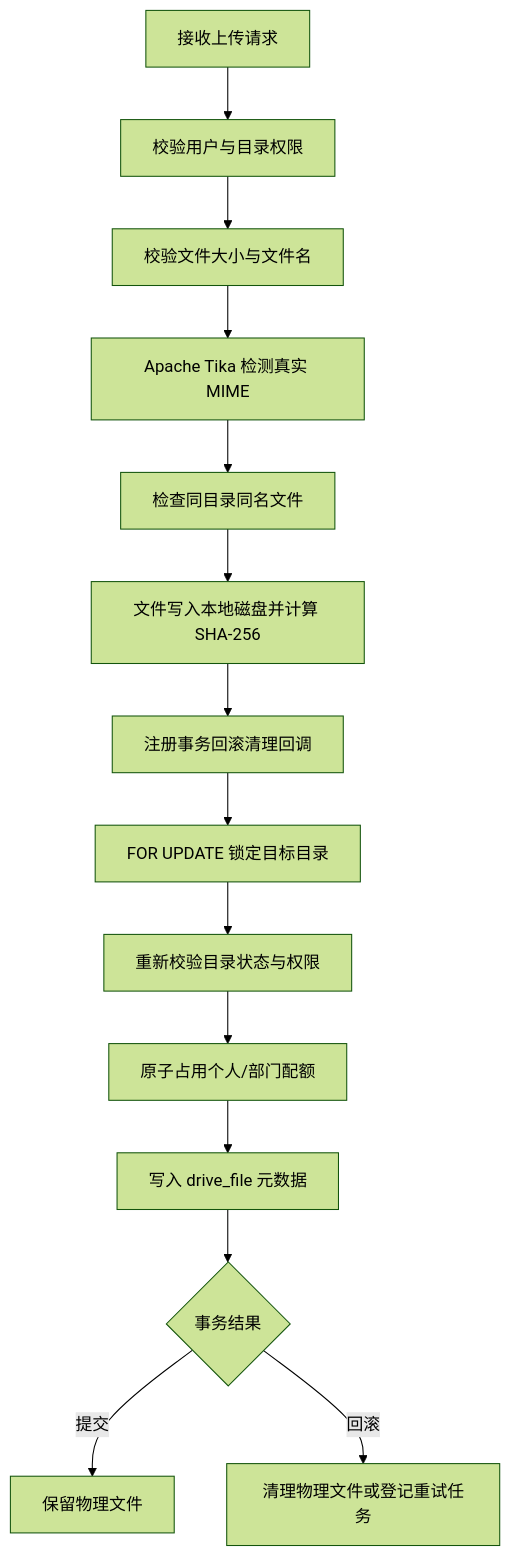
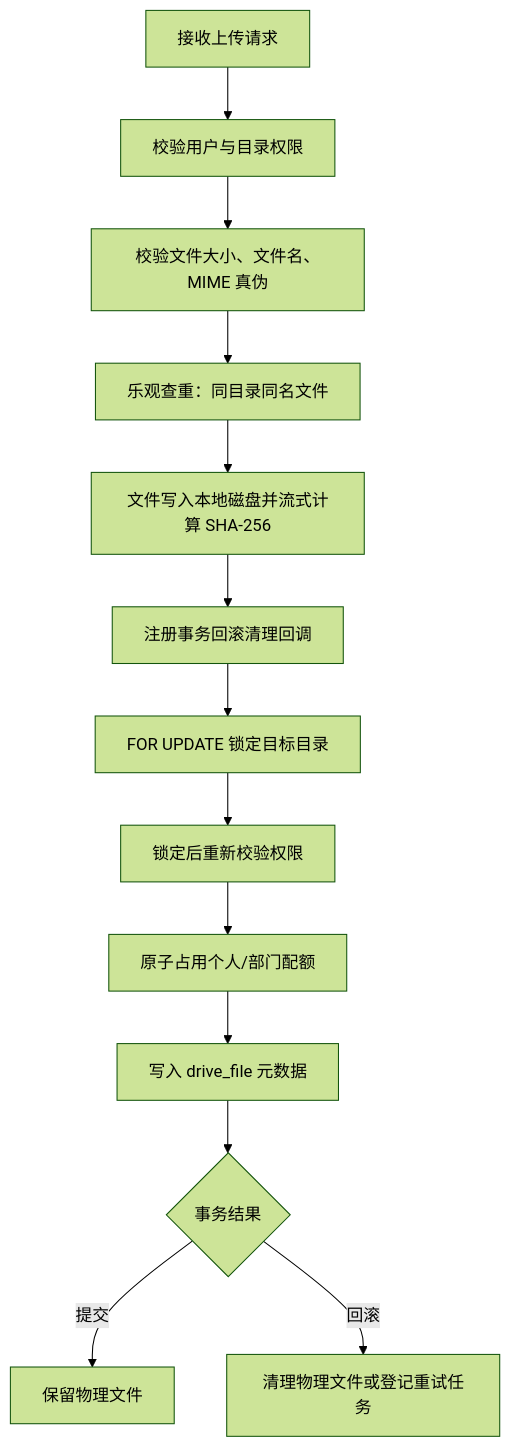
The first of 4 diagrams in README.md (ZhongErsan/simple-department-drive), drawn with Mermaid (forest theme) before and after one commit. The commit also changed other lines of this file, not shown here.

````diff
--- a/README.md
+++ b/README.md
@@ -116,16 +150,15 @@
-``` mermaid
+```mermaid
 flowchart TD
     A[接收上传请求] --> B[校验用户与目录权限]
-    B --> C[校验文件大小与文件名]
-    C --> D[Apache Tika 检测真实 MIME]
-    D --> E[检查同目录同名文件]
-    E --> F[文件写入本地磁盘并计算 SHA-256]
-    F --> G[注册事务回滚清理回调]
-    G --> H[FOR UPDATE 锁定目标目录]
-    H --> I[重新校验目录状态与权限]
-    I --> J[原子占用个人/部门配额]
-    J --> K[写入 drive_file 元数据]
-    K --> L{事务结果}
-    L -->|提交| M[保留物理文件]
-    L -->|回滚| N[清理物理文件或登记重试任务]
+    B --> C[校验文件大小、文件名、MIME 真伪]
+    C --> D[乐观查重：同目录同名文件]
+    D --> E[文件写入本地磁盘并流式计算 SHA-256]
+    E --> F[注册事务回滚清理回调]
+    F --> G[FOR UPDATE 锁定目标目录]
+    G --> H[锁定后重新校验权限]
+    H --> I[原子占用个人/部门配额]
+    I --> J[写入 drive_file 元数据]
+    J --> K{事务结果}
+    K -->|提交| L[保留物理文件]
+    K -->|回滚| M[清理物理文件或登记重试任务]
 ```
````
